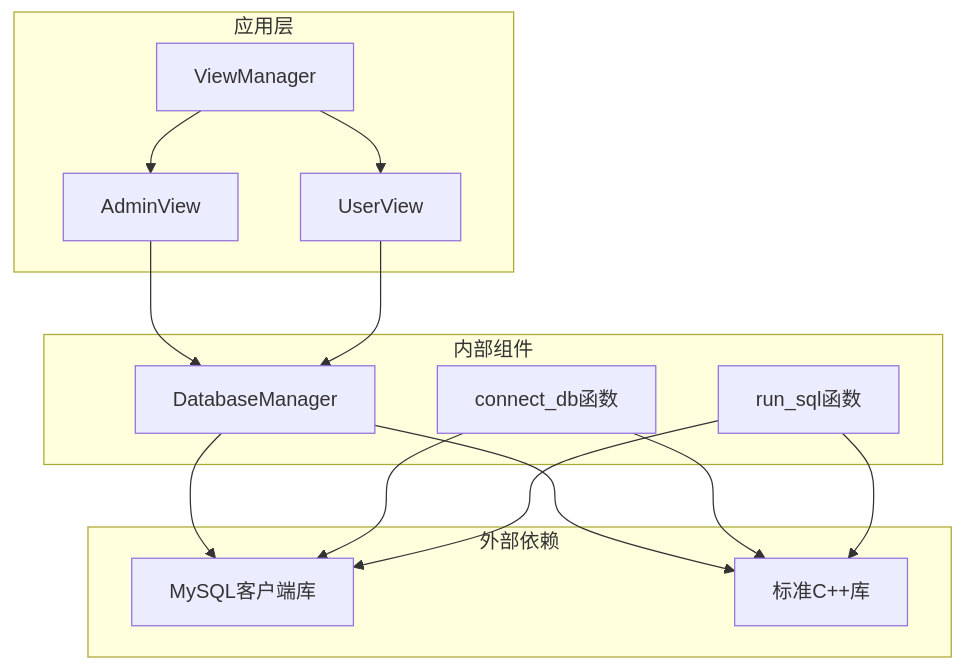
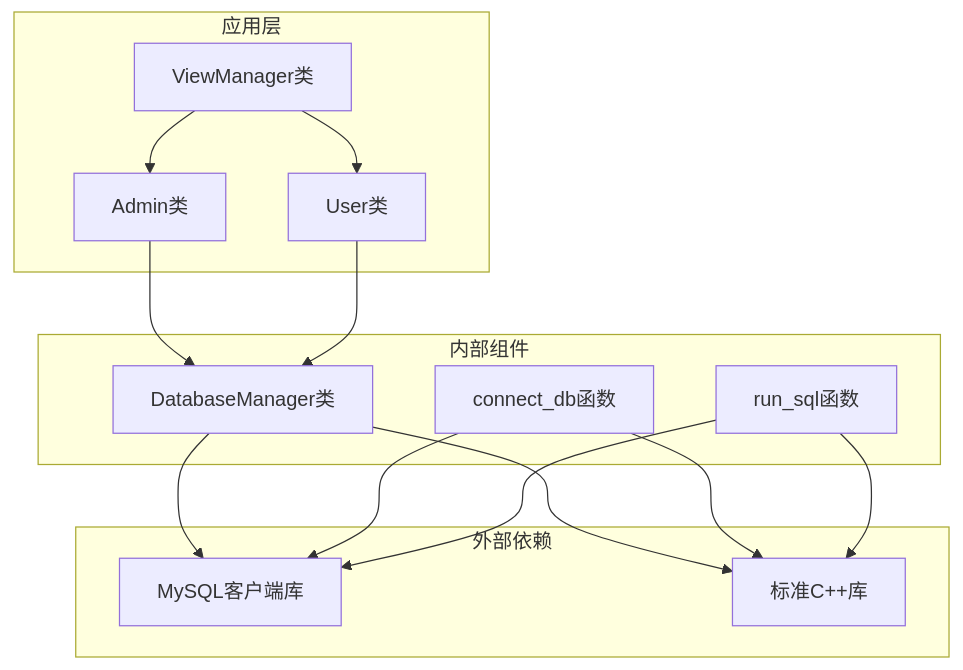
Before and after one commit to jinpeng900/OJ-Test: the seventh of 8 diagrams in .qoder/repowiki/zh/content/系统架构设计/数据库管理层设计.md, drawn with Mermaid. The commit also changed other lines of this file and 44 other files, not shown here.

````diff
--- a/.qoder/repowiki/zh/content/系统架构设计/数据库管理层设计.md
+++ b/.qoder/repowiki/zh/content/系统架构设计/数据库管理层设计.md
@@ -332,27 +347,27 @@
 ```mermaid
 graph TB
 subgraph "外部依赖"
 A[MySQL客户端库]
 B[标准C++库]
 end
 subgraph "内部组件"
-C[DatabaseManager]
+C[DatabaseManager类]
 D[connect_db函数]
 E[run_sql函数]
 end
 subgraph "应用层"
-F[AdminView]
-G[UserView]
-H[ViewManager]
+F[Admin类]
+G[User类]
+H[ViewManager类]
 end
 C --> A
 D --> A
 E --> A
 C --> B
 D --> B
 E --> B
 F --> C
 G --> C
 H --> F
 H --> G
 ```
````
